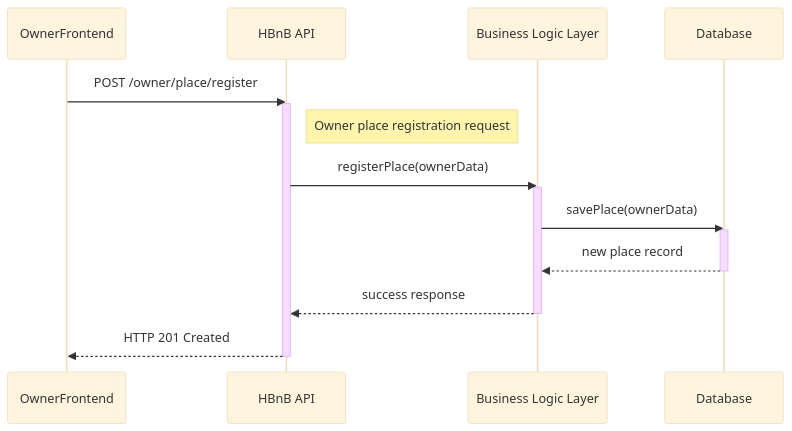
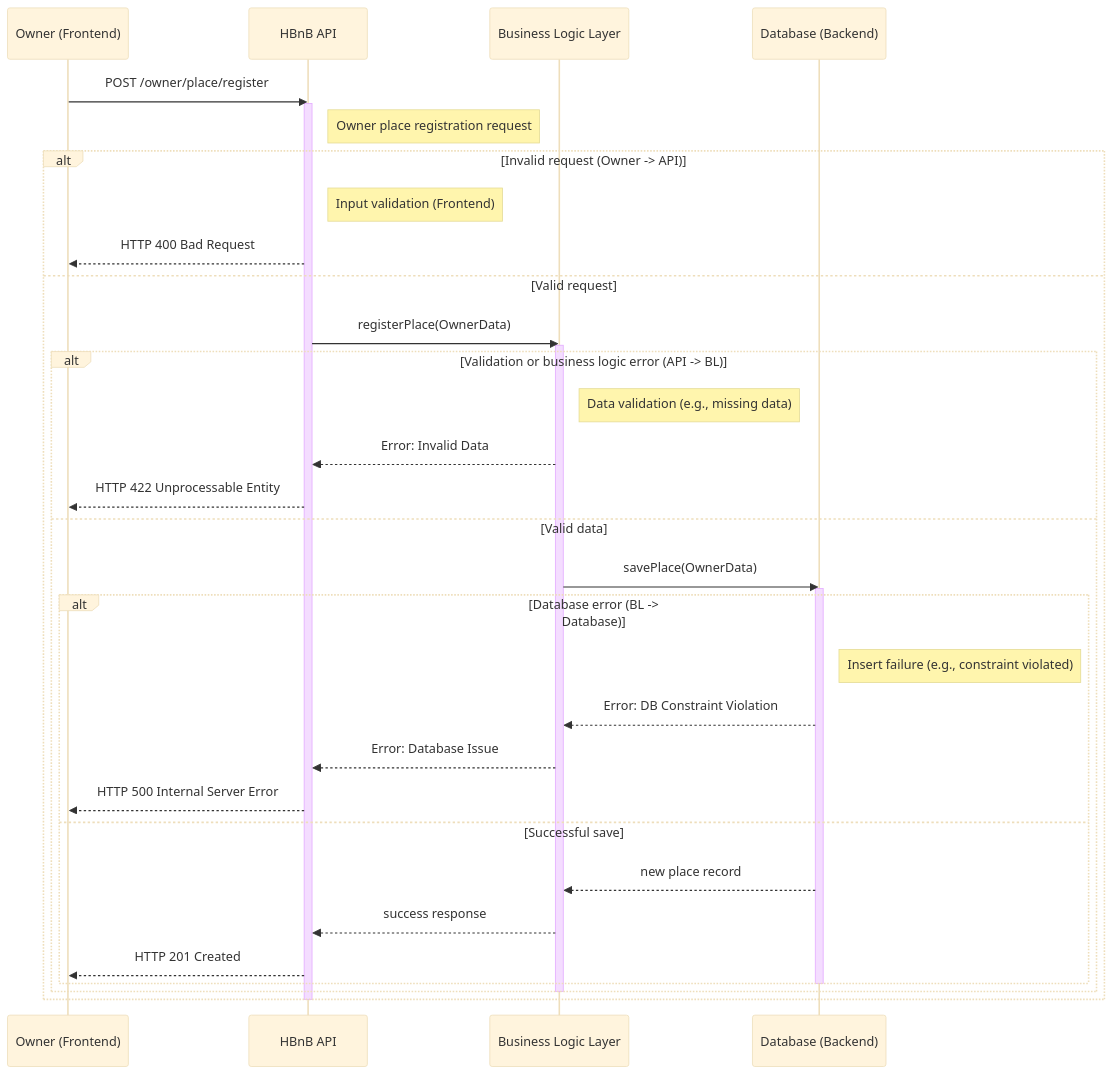
The fourth of 6 diagrams in part1/HBnB_Description_Notes.md (Mathieu7483/holbertonschool-hbnb), drawn with Mermaid (base theme) before and after one commit. The commit also changed other lines of this file, not shown here.

Commit message:
Refactor participant names in sequence diagrams

````diff
--- a/part1/HBnB_Description_Notes.md
+++ b/part1/HBnB_Description_Notes.md
@@ -302,26 +324,42 @@
 ```mermaid
 sequenceDiagram
-    participant Owner as OwnerFrontend
+    participant Owner as Owner (Frontend)
     participant API as HBnB API
     participant BL as Business Logic Layer
-    participant DB as Database
+    participant Database as Database (Backend)
 
     Owner->>API: POST /owner/place/register
     activate API
     Note right of API: Owner place registration request
 
-    API->>BL: registerPlace(ownerData)
-    activate BL
+    alt Invalid request (Owner -> API)
+        Note right of API: Input validation (Frontend)
+        API-->>Owner: HTTP 400 Bad Request
+    else Valid request
+        API->>BL: registerPlace(OwnerData)
+        activate BL
 
-    BL->>DB: savePlace(ownerData)
-    activate DB
+        alt Validation or business logic error (API -> BL)
+            Note right of BL: Data validation (e.g., missing data)
+            BL-->>API: Error: Invalid Data
+            API-->>Owner: HTTP 422 Unprocessable Entity
+        else Valid data
+            BL->>Database: savePlace(OwnerData)
+            activate Database
 
-    DB-->>BL: new place record
-    deactivate DB
-
-    BL-->>API: success response
-    deactivate BL
-
-    API-->>Owner: HTTP 201 Created
+            alt Database error (BL -> Database)
+                Note right of Database: Insert failure (e.g., constraint violated)
+                Database-->>BL: Error: DB Constraint Violation
+                BL-->>API: Error: Database Issue
+                API-->>Owner: HTTP 500 Internal Server Error
+            else Successful save
+                Database-->>BL: new place record
+                BL-->>API: success response
+                API-->>Owner: HTTP 201 Created
+            end
+            deactivate Database
+        end
+        deactivate BL
+    end
     deactivate API
 ```
````
